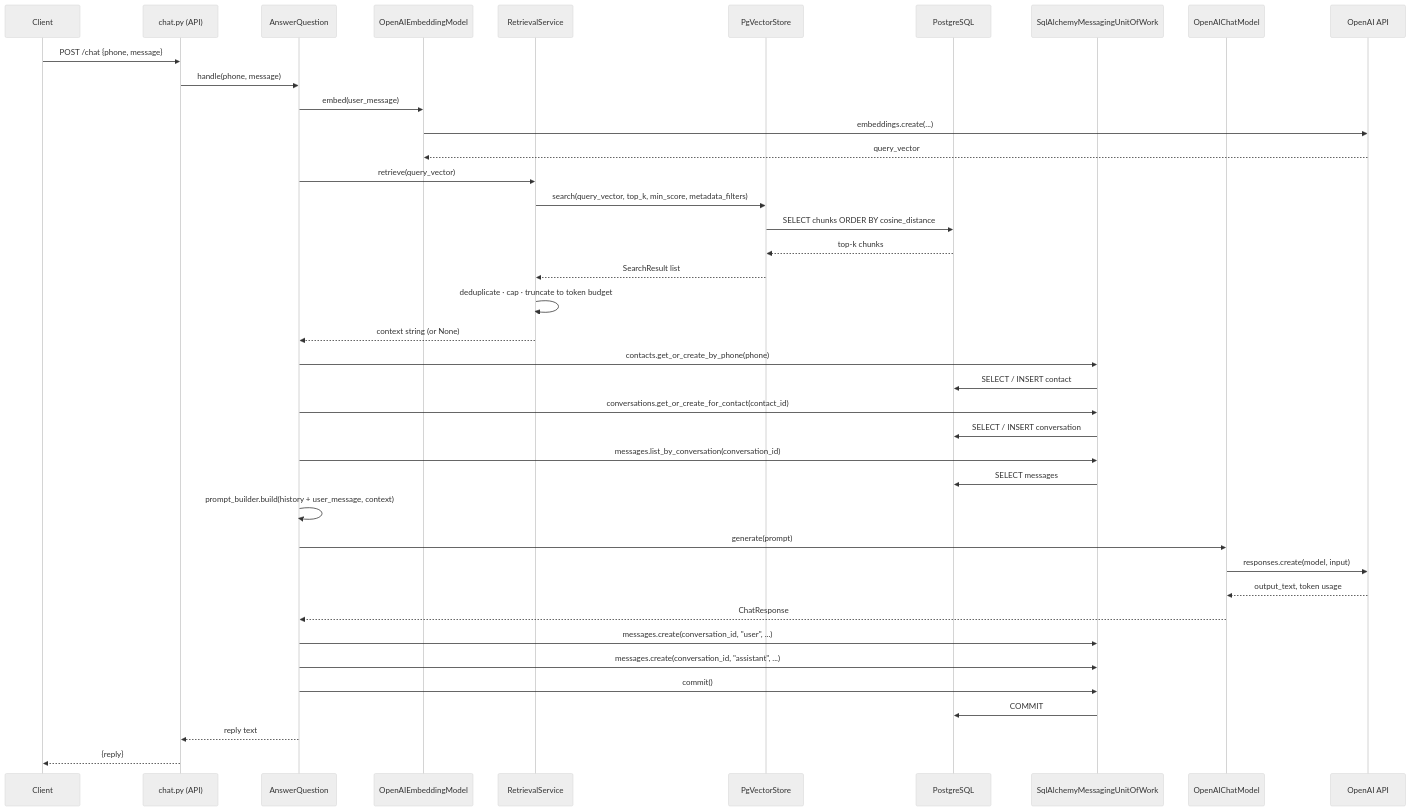
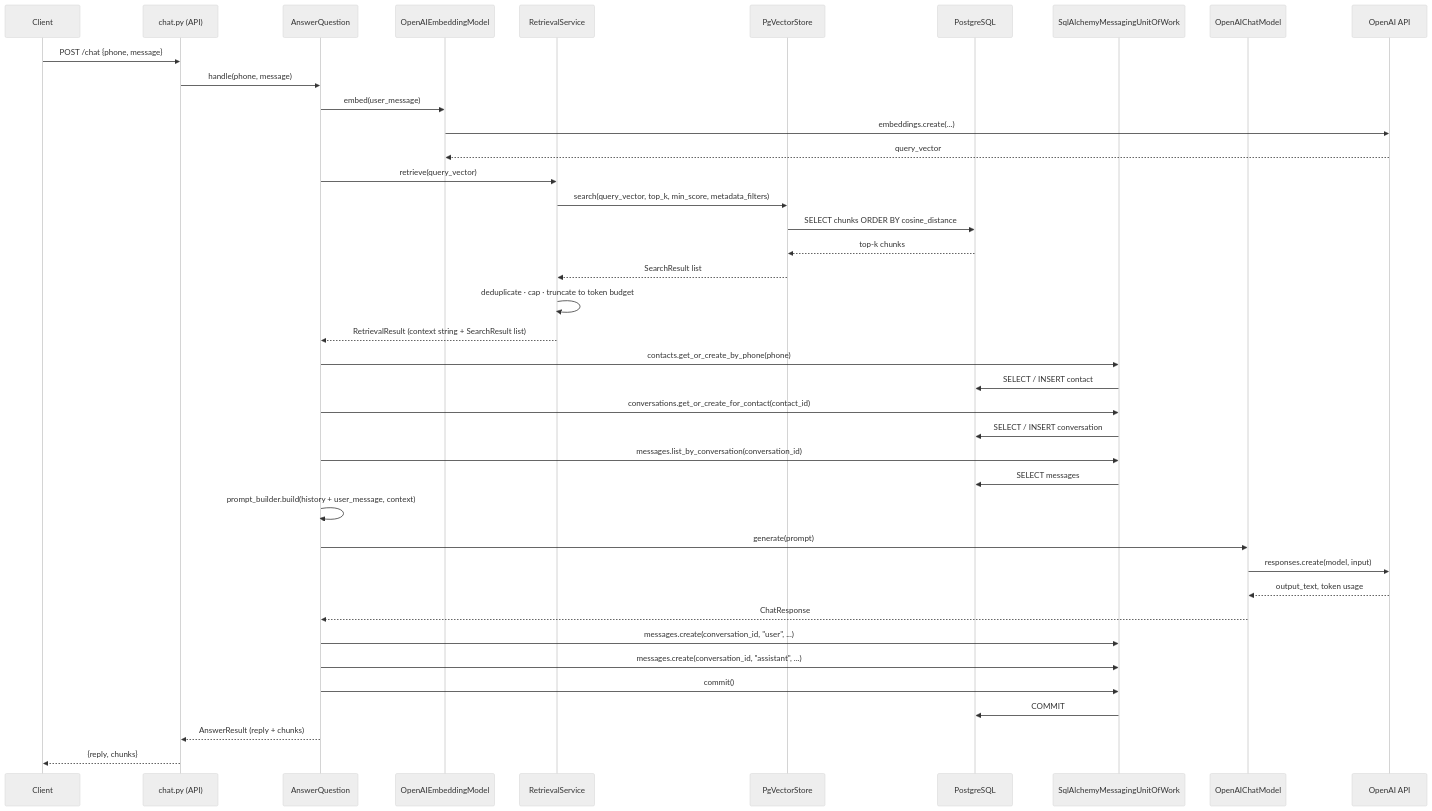
Before and after one commit to camercadop/knowledge-support-ai-agent: the first of 2 diagrams in docs/development.md, drawn with Mermaid (neutral theme). The commit also changed 10 other files, not shown here.

````diff
--- a/docs/development.md
+++ b/docs/development.md
@@ -157,43 +157,43 @@
 ```mermaid
 sequenceDiagram
     participant Client
     participant Router as chat.py (API)
     participant UC as AnswerQuestion
     participant Embed as OpenAIEmbeddingModel
     participant RS as RetrievalService
     participant VS as PgVectorStore
     participant DB as PostgreSQL
     participant UoW as SqlAlchemyMessagingUnitOfWork
     participant LLM as OpenAIChatModel
     participant OpenAI as OpenAI API
 
     Client->>Router: POST /chat {phone, message}
     Router->>UC: handle(phone, message)
     UC->>Embed: embed(user_message)
     Embed->>OpenAI: embeddings.create(...)
     OpenAI-->>Embed: query_vector
     UC->>RS: retrieve(query_vector)
     RS->>VS: search(query_vector, top_k, min_score, metadata_filters)
     VS->>DB: SELECT chunks ORDER BY cosine_distance
     DB-->>VS: top-k chunks
     VS-->>RS: SearchResult list
     RS->>RS: deduplicate · cap · truncate to token budget
-    RS-->>UC: context string (or None)
+    RS-->>UC: RetrievalResult (context string + SearchResult list)
     UC->>UoW: contacts.get_or_create_by_phone(phone)
     UoW->>DB: SELECT / INSERT contact
     UC->>UoW: conversations.get_or_create_for_contact(contact_id)
     UoW->>DB: SELECT / INSERT conversation
     UC->>UoW: messages.list_by_conversation(conversation_id)
     UoW->>DB: SELECT messages
     UC->>UC: prompt_builder.build(history + user_message, context)
     UC->>LLM: generate(prompt)
     LLM->>OpenAI: responses.create(model, input)
     OpenAI-->>LLM: output_text, token usage
     LLM-->>UC: ChatResponse
     UC->>UoW: messages.create(conversation_id, "user", ...)
     UC->>UoW: messages.create(conversation_id, "assistant", ...)
     UC->>UoW: commit()
     UoW->>DB: COMMIT
-    UC-->>Router: reply text
-    Router-->>Client: {reply}
+    UC-->>Router: AnswerResult (reply + chunks)
+    Router-->>Client: {reply, chunks}
 ```
````
